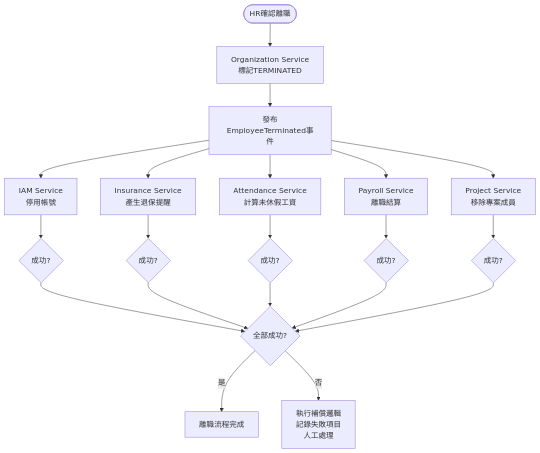
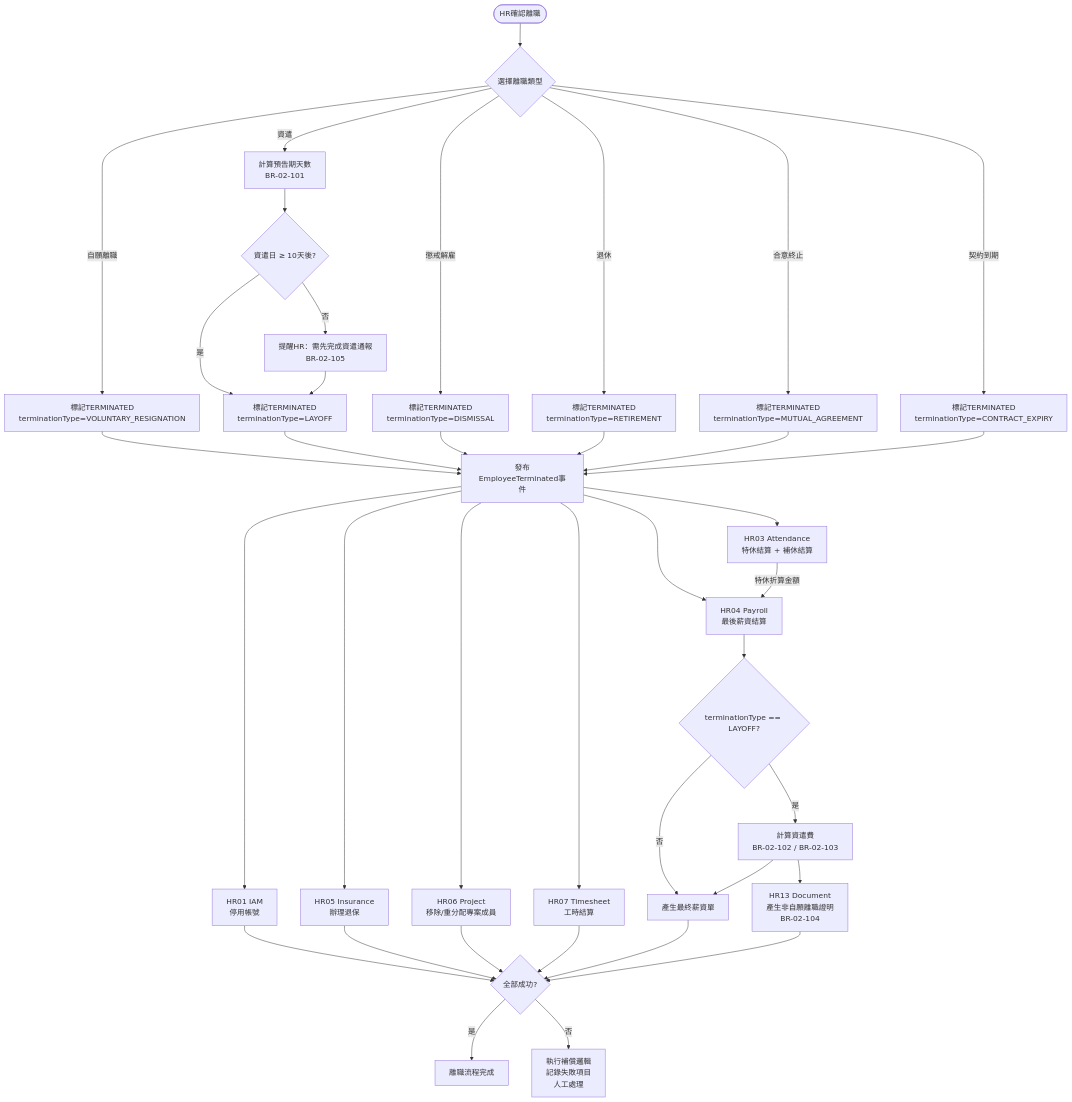
One commit to k6jo3/hr-sytsem-tw changed the fourth of 5 diagrams in knowledge/02_Requirements_Analysis/02_組織員工服務需求分析書.md. Above: the diagram before and after it, drawn with Mermaid. The commit also changed other lines of this file and 55 other files, not shown here.

````diff
--- a/knowledge/02_Requirements_Analysis/02_組織員工服務需求分析書.md
+++ b/knowledge/02_Requirements_Analysis/02_組織員工服務需求分析書.md
@@ -1719,21 +1783,36 @@
 ```mermaid
 flowchart TD
-    Start([HR確認離職]) --> Terminate[Organization Service<br/>標記TERMINATED]
-    Terminate --> Event[發布EmployeeTerminated事件]
+    Start([HR確認離職]) --> SelectType{選擇離職類型}
 
-    Event --> Step1[IAM Service<br/>停用帳號]
-    Event --> Step2[Insurance Service<br/>產生退保提醒]
-    Event --> Step3[Attendance Service<br/>計算未休假工資]
-    Event --> Step4[Payroll Service<br/>離職結算]
-    Event --> Step5[Project Service<br/>移除專案成員]
+    SelectType -->|自願離職| Terminate1[標記TERMINATED<br/>terminationType=VOLUNTARY_RESIGNATION]
+    SelectType -->|資遣| CalcNotice[計算預告期天數<br/>BR-02-101]
+    SelectType -->|懲戒解雇| Terminate3[標記TERMINATED<br/>terminationType=DISMISSAL]
+    SelectType -->|退休| Terminate4[標記TERMINATED<br/>terminationType=RETIREMENT]
+    SelectType -->|合意終止| Terminate5[標記TERMINATED<br/>terminationType=MUTUAL_AGREEMENT]
+    SelectType -->|契約到期| Terminate6[標記TERMINATED<br/>terminationType=CONTRACT_EXPIRY]
 
-    Step1 --> Check1{成功?}
-    Step2 --> Check2{成功?}
-    Step3 --> Check3{成功?}
-    Step4 --> Check4{成功?}
-    Step5 --> Check5{成功?}
+    CalcNotice --> CheckReport{資遣日 ≥ 10天後?}
+    CheckReport -->|否| AlertHR[提醒HR：需先完成資遣通報<br/>BR-02-105]
+    CheckReport -->|是| Terminate2[標記TERMINATED<br/>terminationType=LAYOFF]
+    AlertHR --> Terminate2
 
-    Check1 & Check2 & Check3 & Check4 & Check5 --> AllSuccess{全部成功?}
+    Terminate1 & Terminate2 & Terminate3 & Terminate4 & Terminate5 & Terminate6 --> Event[發布EmployeeTerminated事件]
+
+    Event --> Step1[HR01 IAM<br/>停用帳號]
+    Event --> Step2[HR05 Insurance<br/>辦理退保]
+    Event --> Step3[HR03 Attendance<br/>特休結算 + 補休結算]
+    Event --> Step4[HR04 Payroll<br/>最後薪資結算]
+    Event --> Step5[HR06 Project<br/>移除/重分配專案成員]
+    Event --> Step6[HR07 Timesheet<br/>工時結算]
+
+    Step3 -->|特休折算金額| Step4
+    Step4 --> IsLayoff{terminationType == LAYOFF?}
+    IsLayoff -->|是| CalcSev[計算資遣費<br/>BR-02-102 / BR-02-103]
+    IsLayoff -->|否| FinalPay[產生最終薪資單]
+    CalcSev --> GenCert[HR13 Document<br/>產生非自願離職證明<br/>BR-02-104]
+    CalcSev --> FinalPay
+
+    Step1 & Step2 & Step5 & Step6 & FinalPay & GenCert --> AllSuccess{全部成功?}
     AllSuccess -->|是| Complete[離職流程完成]
     AllSuccess -->|否| Compensate[執行補償邏輯<br/>記錄失敗項目<br/>人工處理]
 ```
````
